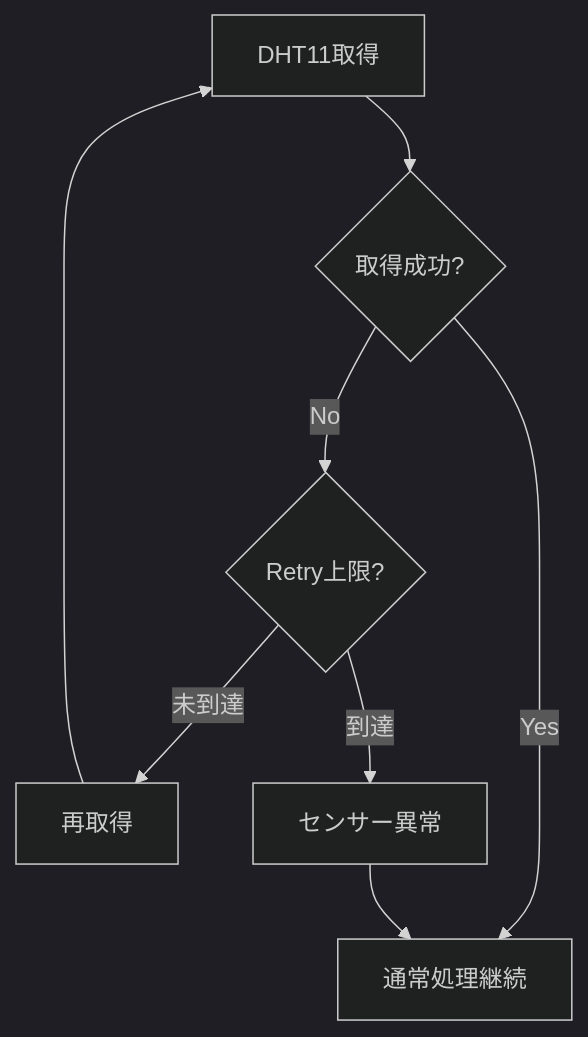
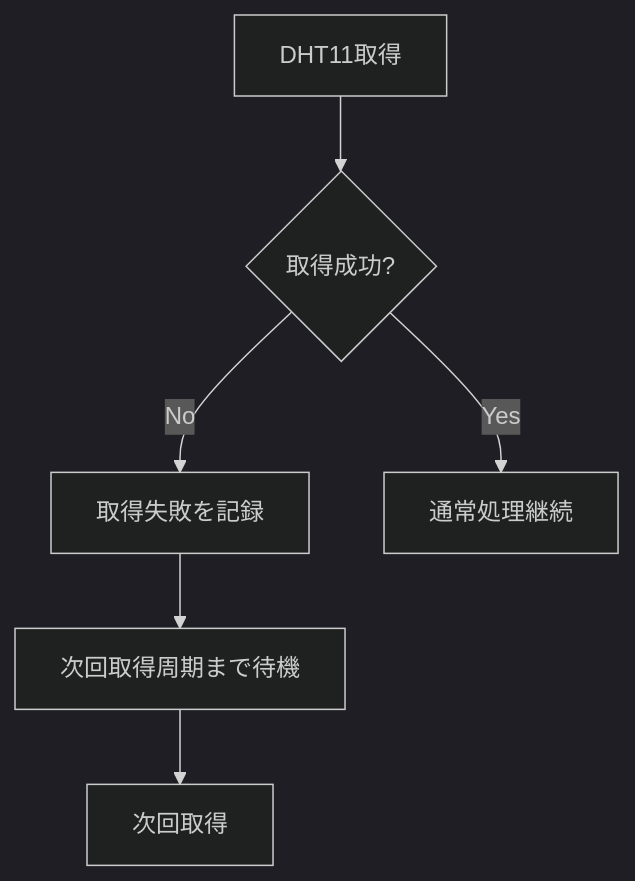
Before and after one commit to yujimasuda77777/Raspberry_Pi_4B_Edge_IoT_System: diagram 18 of 46 in docs/05_operation_recovery.md, drawn with Mermaid (dark theme). The commit also changed other lines of this file and 1 other file, not shown here.

````diff
--- a/docs/05_operation_recovery.md
+++ b/docs/05_operation_recovery.md
@@ -988,20 +947,16 @@
 ```mermaid
 flowchart TD
     Read["DHT11取得"]
     Success{"取得成功?"}
-    Retry["再取得"]
-    RetryLimit{"Retry上限?"}
-    SensorError["センサー異常"]
+    Error["取得失敗を記録"]
+    Wait["次回取得周期まで待機"]
+    Next["次回取得"]
     Continue["通常処理継続"]
 
     Read --> Success
 
     Success -->|Yes| Continue
-    Success -->|No| RetryLimit
-
-    RetryLimit -->|未到達| Retry
-    Retry --> Read
-
-    RetryLimit -->|到達| SensorError
-    SensorError --> Continue
+    Success -->|No| Error
+    Error --> Wait
+    Wait --> Next
 ```
````
